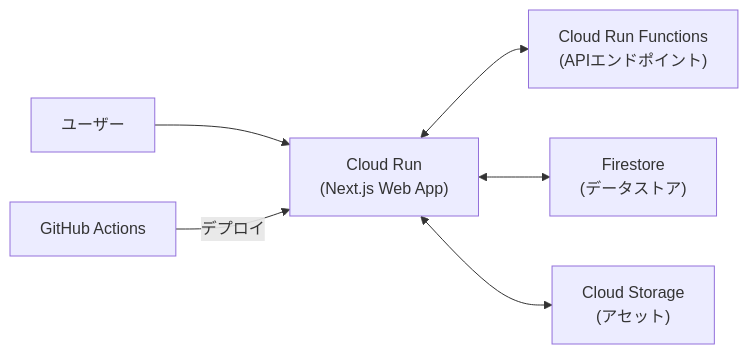
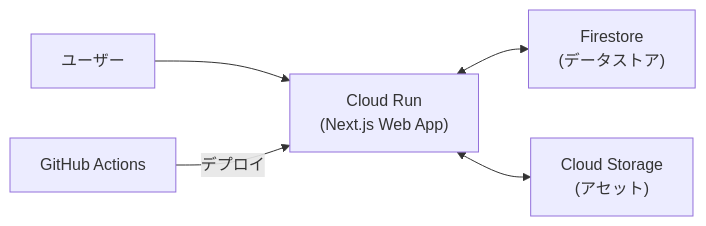
Before and after one commit to nothink-jp/suzumina.click: the diagram in docs/gcp/GCP_WEB_APP.md, drawn with Mermaid. The commit also changed other lines of this file and 23 other files, not shown here.

````diff
--- a/docs/gcp/GCP_WEB_APP.md
+++ b/docs/gcp/GCP_WEB_APP.md
@@ -9,8 +9,7 @@
 ```mermaid
 flowchart LR
     A["ユーザー"] --> B["Cloud Run\n(Next.js Web App)"]
-    B <--> C["Cloud Run Functions\n(APIエンドポイント)"]
     B <--> D["Firestore\n(データストア)"]
     B <--> E["Cloud Storage\n(アセット)"]
     F["GitHub Actions"] --> |デプロイ| B
 ```
````
